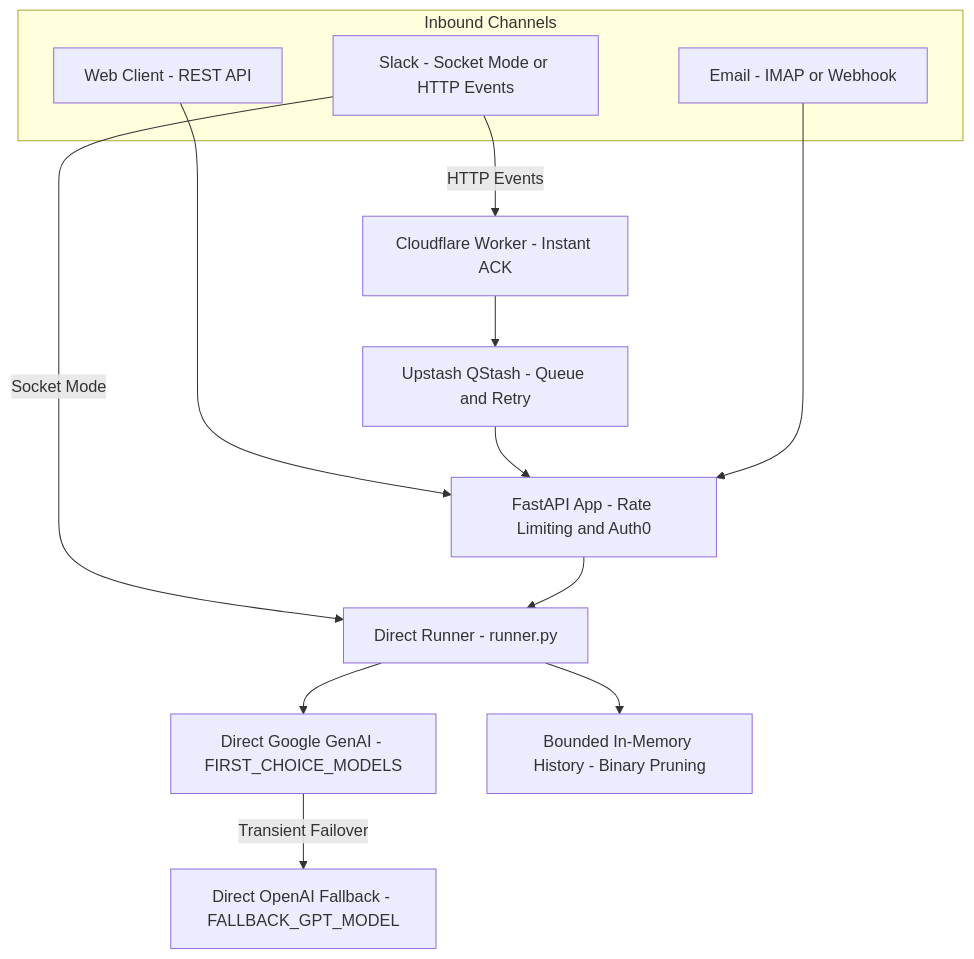
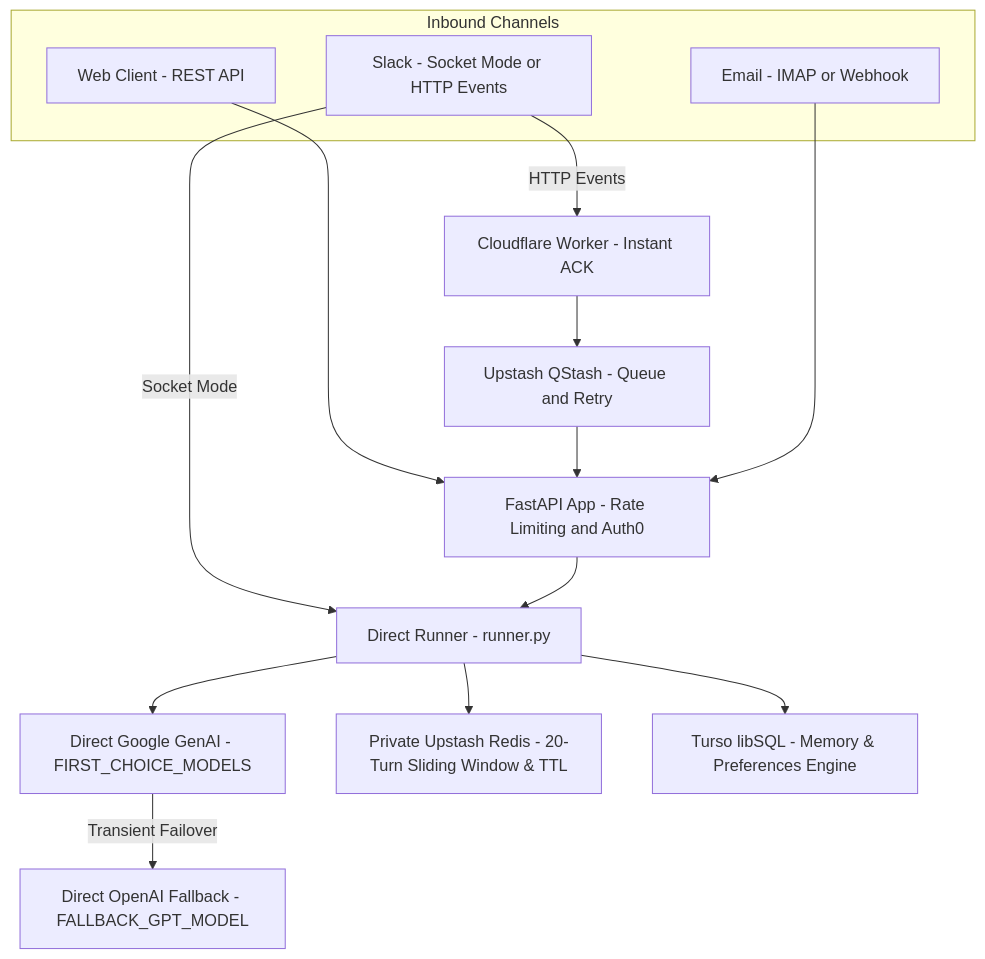
Before and after one commit to AmritSDutta/Aryhant: the first of 2 diagrams in docs/index.mdx, drawn with Mermaid. The commit also changed other lines of this file and 23 other files, not shown here.

Commit message:
Add Redis session history, Turso memory service, and Slack preferences

````diff
--- a/docs/index.mdx
+++ b/docs/index.mdx
@@ -14,25 +14,27 @@
 ```mermaid
 flowchart TD
   subgraph Clients["Inbound Channels"]
     Browser["Web Client - REST API"]
     SlackUser["Slack - Socket Mode or HTTP Events"]
     EmailClient["Email - IMAP or Webhook"]
   end
   CF["Cloudflare Worker - Instant ACK"]
   QS["Upstash QStash - Queue and Retry"]
   FastAPI["FastAPI App - Rate Limiting and Auth0"]
   Runner["Direct Runner - runner.py"]
   GenAI["Direct Google GenAI - FIRST_CHOICE_MODELS"]
   GPT["Direct OpenAI Fallback - FALLBACK_GPT_MODEL"]
-  History["Bounded In-Memory History - Binary Pruning"]
+  History["Private Upstash Redis - 20-Turn Sliding Window & TTL"]
+  Turso["Turso libSQL - Memory & Preferences Engine"]
   Browser --> FastAPI
   SlackUser -->|Socket Mode| Runner
   SlackUser -->|HTTP Events| CF
   CF --> QS
   QS --> FastAPI
   EmailClient --> FastAPI
   FastAPI --> Runner
   Runner --> History
+  Runner --> Turso
   Runner --> GenAI
   GenAI -->|Transient Failover| GPT
 ```
````
